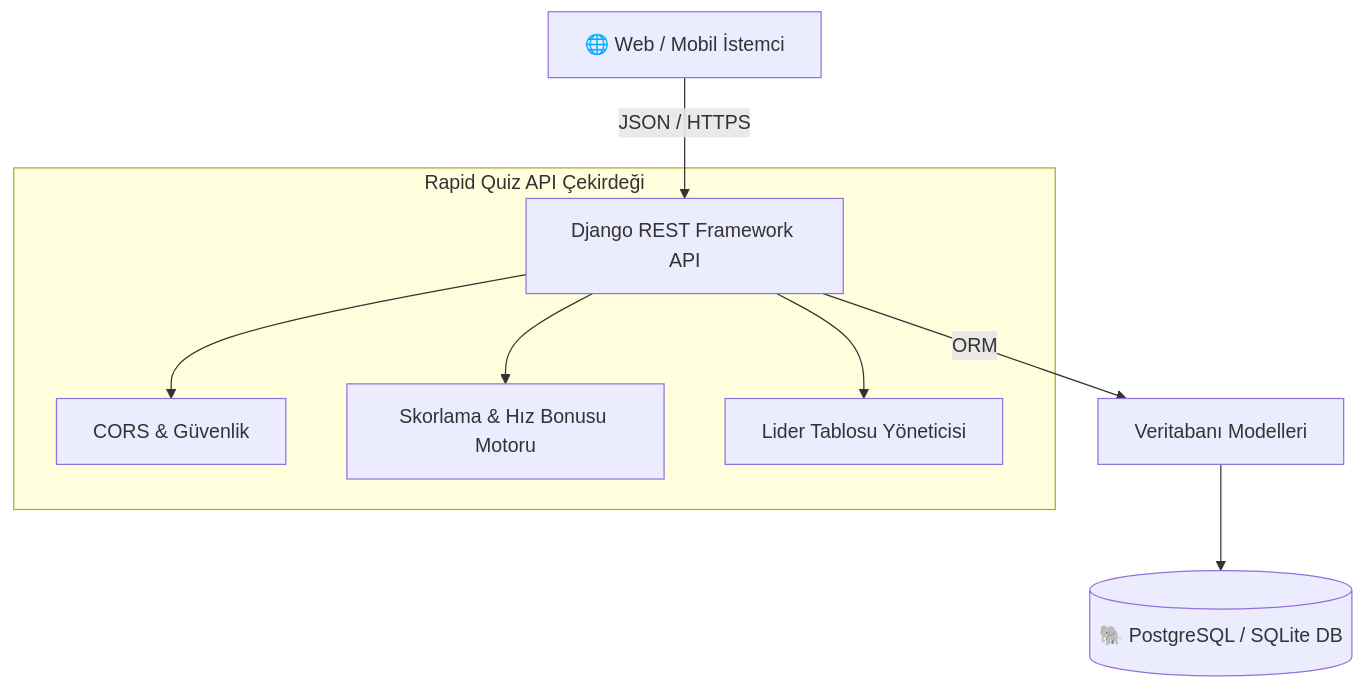
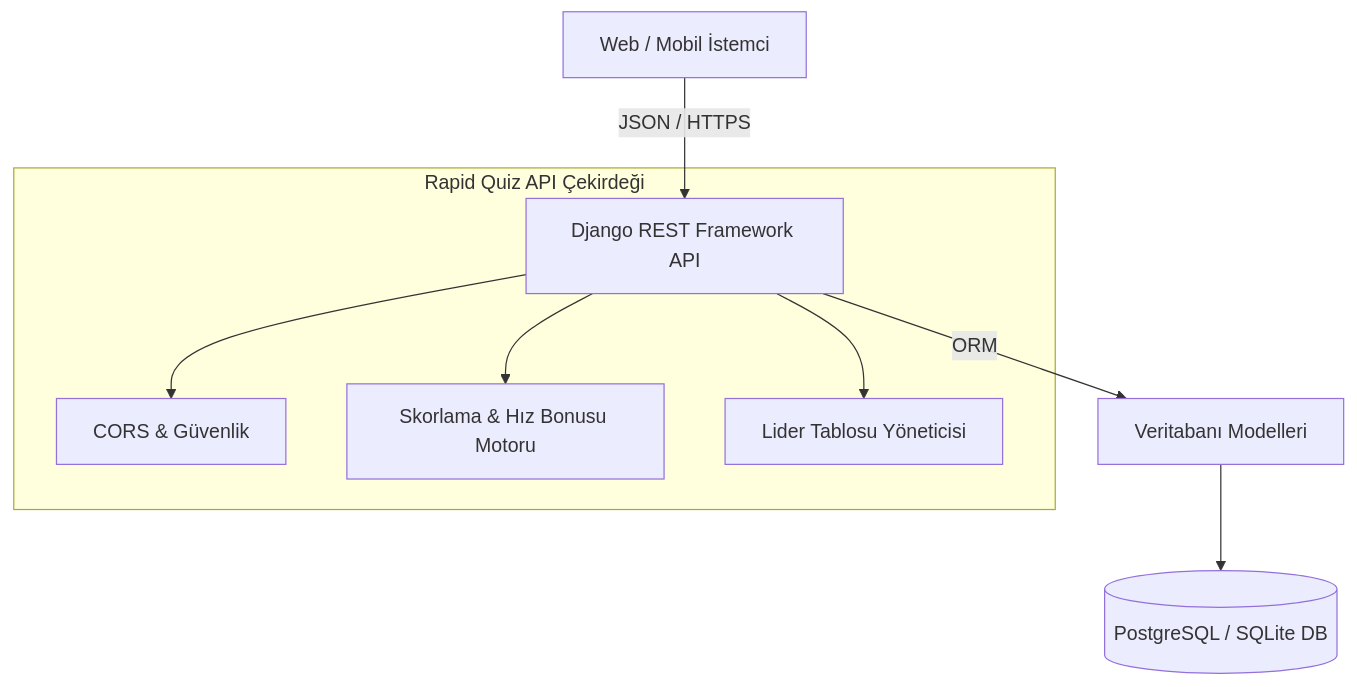
One commit to bisraunal/RapidQuizBackend changed the diagram in README.md. Above: the diagram before and after it, drawn with Mermaid. The commit also changed other lines of this file, not shown here.

````diff
--- a/README.md
+++ b/README.md
@@ -34,12 +34,12 @@
 ```mermaid
 flowchart TD
-    Client["🌐 Web / Mobil İstemci"] -->|JSON / HTTPS| DRF["Django REST Framework API"]
+    Client["Web / Mobil İstemci"] -->|JSON / HTTPS| DRF["Django REST Framework API"]
     DRF -->|ORM| Models["Veritabanı Modelleri"]
-    Models --> PG[("🐘 PostgreSQL / SQLite DB")]
+    Models --> PG[("PostgreSQL / SQLite DB")]
     
     subgraph Core ["Rapid Quiz API Çekirdeği"]
         DRF --> Auth["CORS & Güvenlik"]
         DRF --> QuizEngine["Skorlama & Hız Bonusu Motoru"]
         DRF --> Leaderboard["Lider Tablosu Yöneticisi"]
     end
 ```
````
